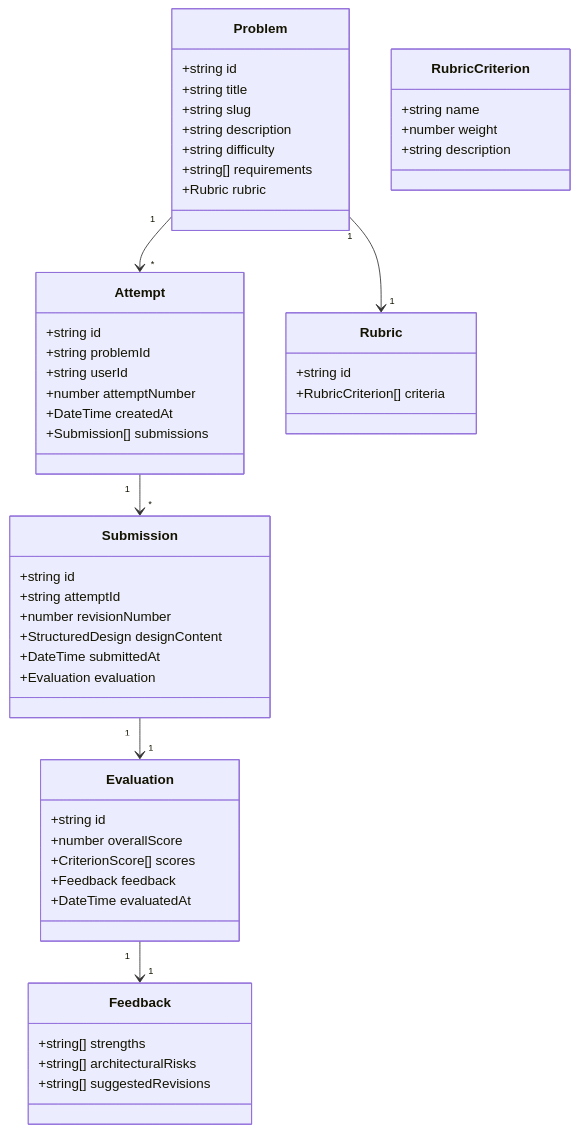
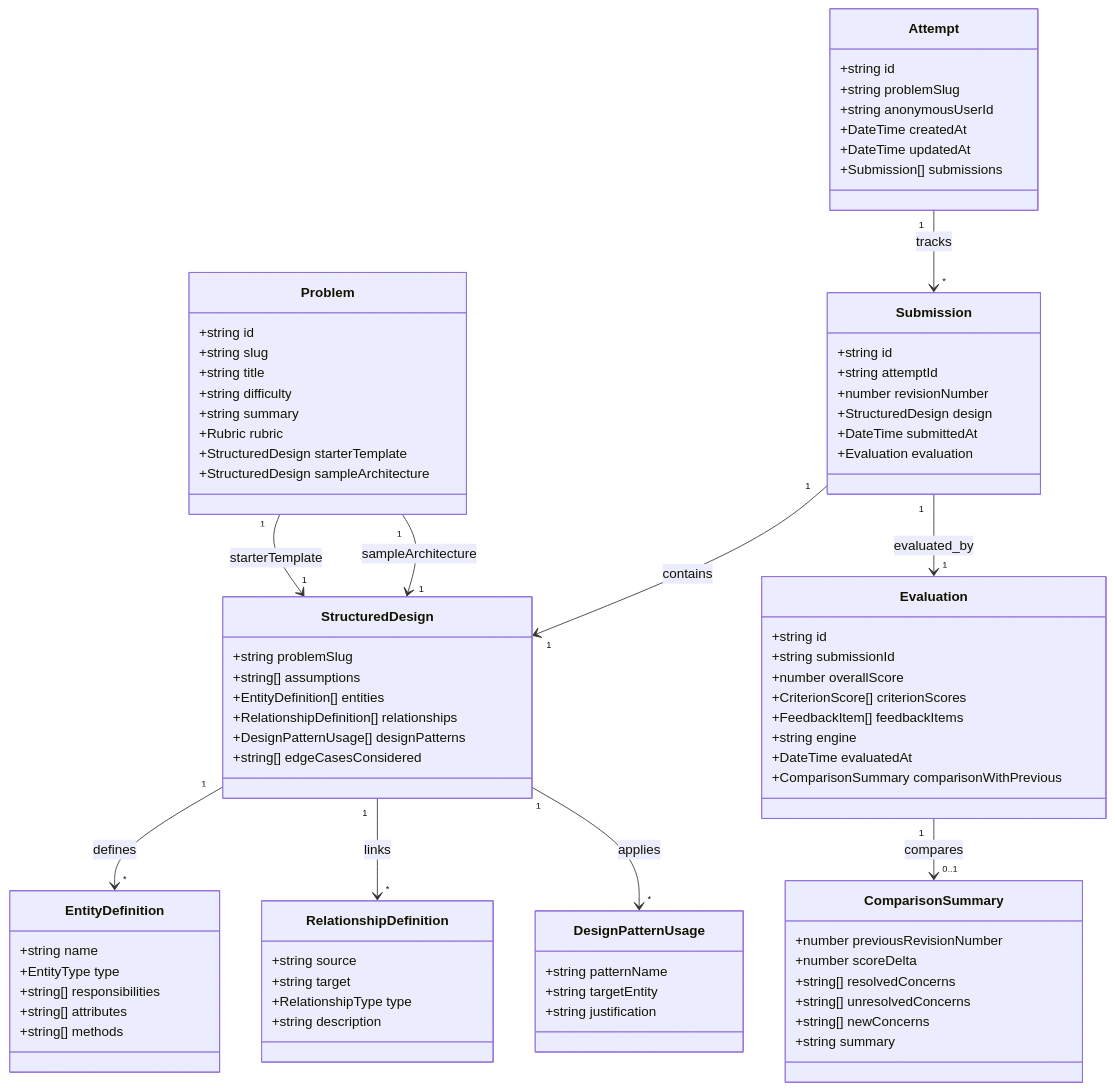
Before and after one commit to shrajal01/DesignKarlo: the diagram in docs/design-note.md, drawn with Mermaid. The commit also changed other lines of this file and 6 other files, not shown here.

Commit message:
docs: finalize DesignKarlo submission

````diff
--- a/docs/design-note.md
+++ b/docs/design-note.md
@@ -37,20 +163,21 @@
 classDiagram
     class Problem {
         +string id
+        +string slug
         +string title
-        +string slug
-        +string description
         +string difficulty
-        +string[] requirements
+        +string summary
         +Rubric rubric
+        +StructuredDesign starterTemplate
+        +StructuredDesign sampleArchitecture
     }
 
     class Attempt {
         +string id
-        +string problemId
-        +string userId
-        +number attemptNumber
+        +string problemSlug
+        +string anonymousUserId
         +DateTime createdAt
+        +DateTime updatedAt
         +Submission[] submissions
     }
 
@@ -58,39 +185,68 @@
         +string id
         +string attemptId
         +number revisionNumber
-        +StructuredDesign designContent
+        +StructuredDesign design
         +DateTime submittedAt
         +Evaluation evaluation
     }
 
-    class Rubric {
-        +string id
-        +RubricCriterion[] criteria
+    class StructuredDesign {
+        +string problemSlug
+        +string[] assumptions
+        +EntityDefinition[] entities
+        +RelationshipDefinition[] relationships
+        +DesignPatternUsage[] designPatterns
+        +string[] edgeCasesConsidered
     }
 
-    class RubricCriterion {
+    class EntityDefinition {
         +string name
-        +number weight
+        +EntityType type
+        +string[] responsibilities
+        +string[] attributes
+        +string[] methods
+    }
+
+    class RelationshipDefinition {
+        +string source
+        +string target
+        +RelationshipType type
         +string description
+    }
+
+    class DesignPatternUsage {
+        +string patternName
+        +string targetEntity
+        +string justification
     }
 
     class Evaluation {
         +string id
+        +string submissionId
         +number overallScore
-        +CriterionScore[] scores
-        +Feedback feedback
+        +CriterionScore[] criterionScores
+        +FeedbackItem[] feedbackItems
+        +string engine
         +DateTime evaluatedAt
+        +ComparisonSummary comparisonWithPrevious
     }
 
-    class Feedback {
-        +string[] strengths
-        +string[] architecturalRisks
-        +string[] suggestedRevisions
+    class ComparisonSummary {
+        +number previousRevisionNumber
+        +number scoreDelta
+        +string[] resolvedConcerns
+        +string[] unresolvedConcerns
+        +string[] newConcerns
+        +string summary
     }
 
-    Problem "1" --> "1" Rubric
-    Problem "1" --> "*" Attempt
-    Attempt "1" --> "*" Submission
-    Submission "1" --> "1" Evaluation
-    Evaluation "1" --> "1" Feedback
+    Problem "1" --> "1" StructuredDesign : starterTemplate
+    Problem "1" --> "1" StructuredDesign : sampleArchitecture
+    Attempt "1" --> "*" Submission : tracks
+    Submission "1" --> "1" StructuredDesign : contains
+    Submission "1" --> "1" Evaluation : evaluated_by
+    Evaluation "1" --> "0..1" ComparisonSummary : compares
+    StructuredDesign "1" --> "*" EntityDefinition : defines
+    StructuredDesign "1" --> "*" RelationshipDefinition : links
+    StructuredDesign "1" --> "*" DesignPatternUsage : applies
 ```
````
